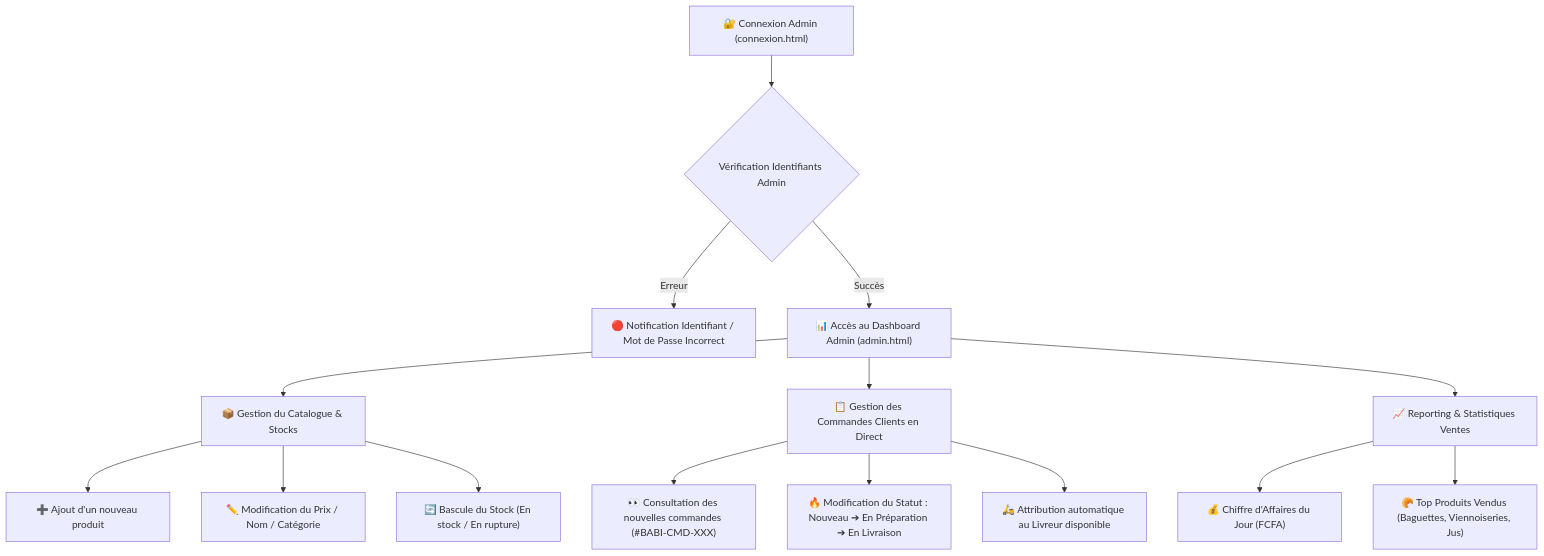
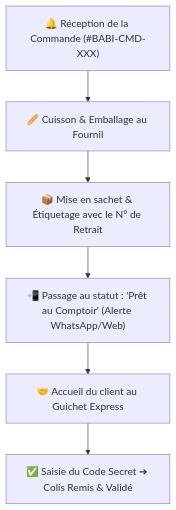
The second of 2 diagrams in Boulangerie-de-BABI-main/PARCOURS_UTILISATEURS.md (Christ-Hub-pixel/Boulangerie-de-BABI-main), drawn with Mermaid before and after one commit. The commit also changed other lines of this file and 3 other files, not shown here.

Commit message:
docs: Intégration complète du parcours client Click & Collect (Choisir -> Commander -> Payer -> Réserver -> Prêt -> N° de Retrait -> Colis Récupéré)

````diff
--- a/Boulangerie-de-BABI-main/PARCOURS_UTILISATEURS.md
+++ b/Boulangerie-de-BABI-main/PARCOURS_UTILISATEURS.md
@@ -43,20 +43,8 @@
 ```mermaid
 flowchart TD
-    A1["🔐 Connexion Admin (connexion.html)"] --> B1{"Vérification Identifiants Admin"}
-    B1 -->|Erreur| C1["🔴 Notification Identifiant / Mot de Passe Incorrect"]
-    B1 -->|Succès| D1["📊 Accès au Dashboard Admin (admin.html)"]
-    
-    D1 --> E1["📦 Gestion du Catalogue & Stocks"]
-    E1 --> E1_1["➕ Ajout d'un nouveau produit"]
-    E1 --> E1_2["✏️ Modification du Prix / Nom / Catégorie"]
-    E1 --> E1_3["🔄 Bascule du Stock (En stock / En rupture)"]
-    
-    D1 --> F1["📋 Gestion des Commandes Clients en Direct"]
-    F1 --> F1_1["👀 Consultation des nouvelles commandes (#BABI-CMD-XXX)"]
-    F1 --> F1_2["🔥 Modification du Statut : Nouveau ➔ En Préparation ➔ En Livraison"]
-    F1 --> F1_3["🛵 Attribution automatique au Livreur disponible"]
-    
-    D1 --> G1["📈 Reporting & Statistiques Ventes"]
-    G1 --> G1_1["💰 Chiffre d'Affaires du Jour (FCFA)"]
-    G1 --> G1_2["🥐 Top Produits Vendus (Baguettes, Viennoiseries, Jus)"]
+    A1["🔔 Réception de la Commande (#BABI-CMD-XXX)"] --> B1["🥖 Cuisson & Emballage au Fournil"]
+    B1 --> C1["📦 Mise en sachet & Étiquetage avec le N° de Retrait"]
+    C1 --> D1["📲 Passage au statut : 'Prêt au Comptoir' (Alerte WhatsApp/Web)"]
+    D1 --> E1["🤝 Accueil du client au Guichet Express"]
+    E1 --> F1["✅ Saisie du Code Secret ➔ Colis Remis & Validé"]
 ```
````
